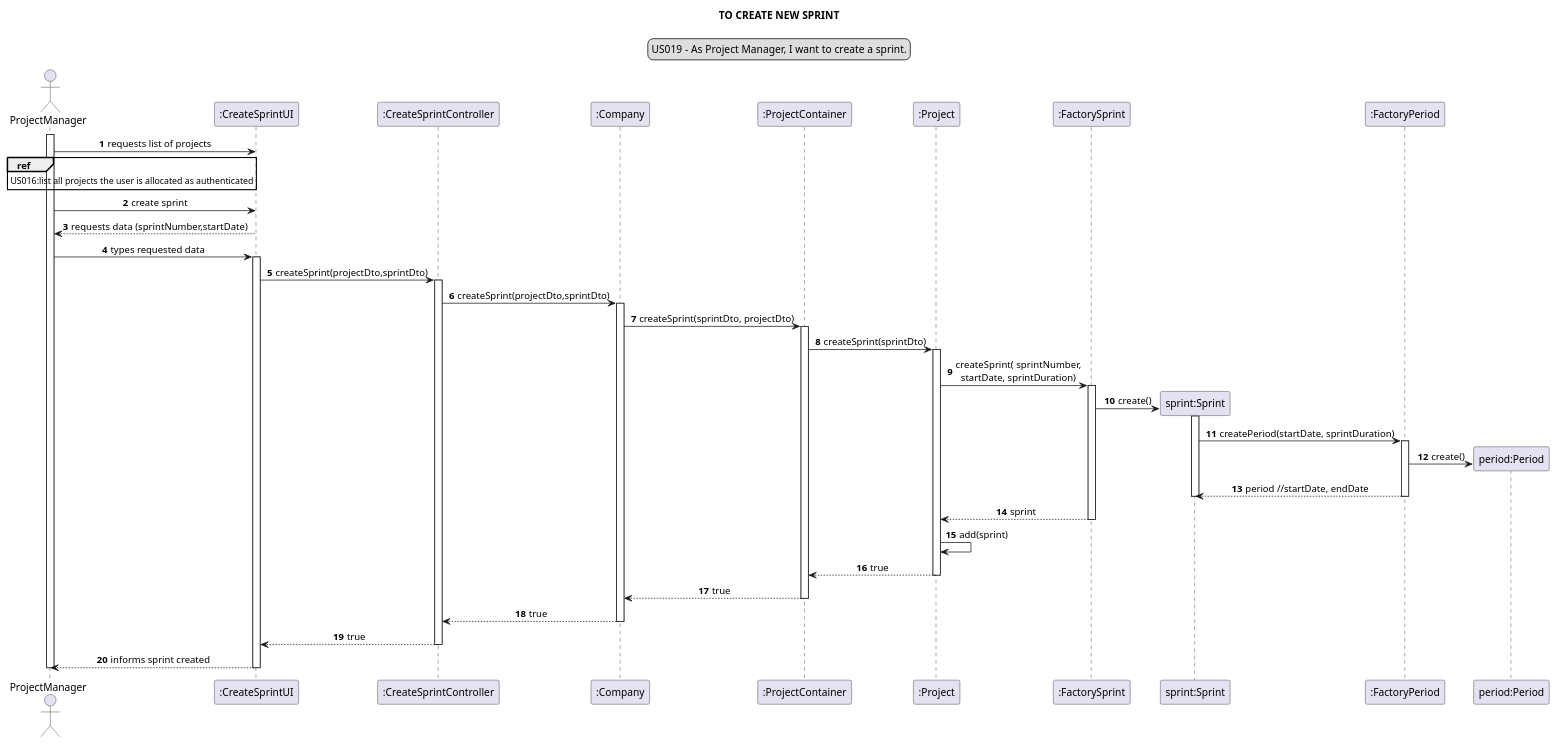
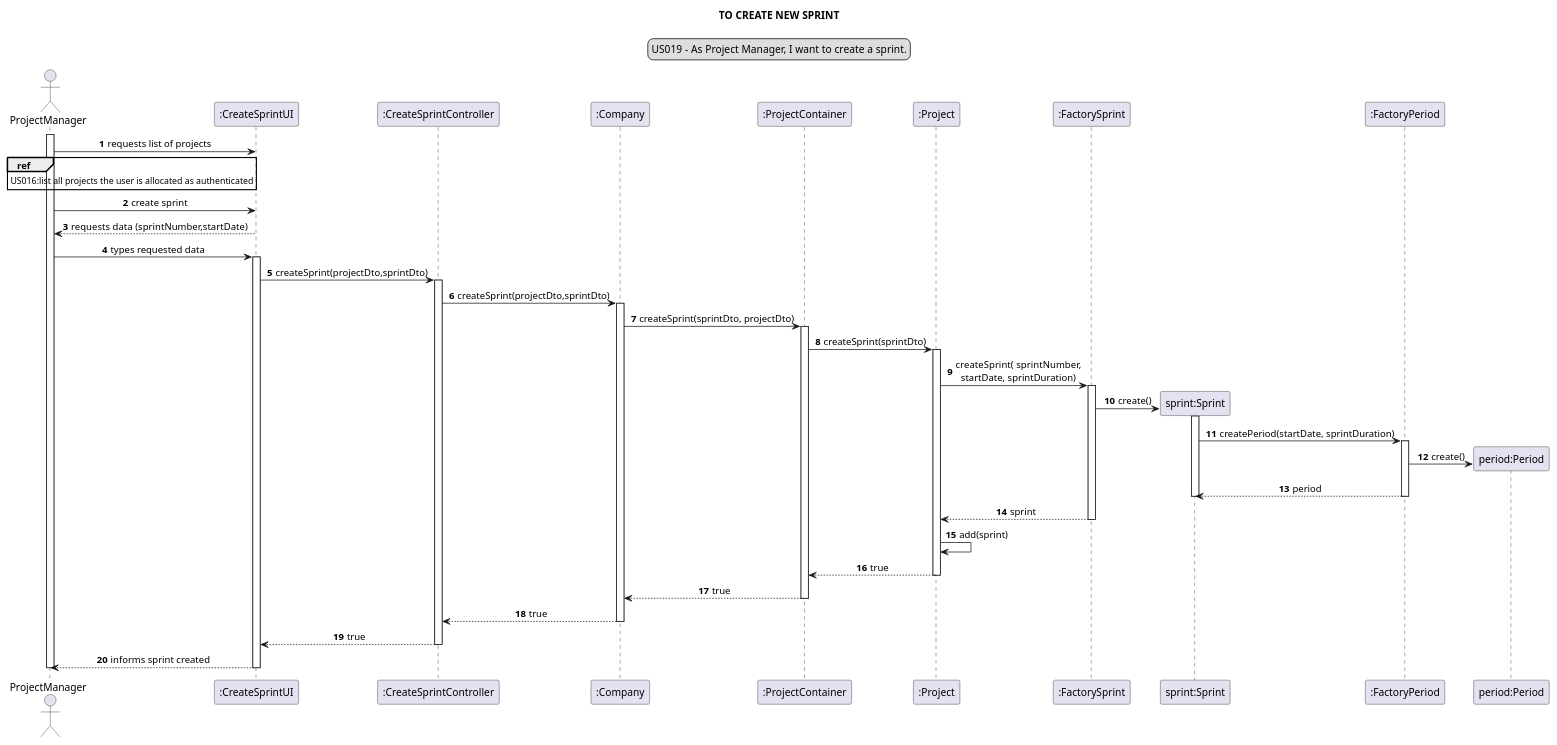
The diagram in docs/modelling_design/user_stories/sprint03/us019/US019_sequenceDiagram.puml (Loracline/project_switch_22-23), drawn with PlantUML before and after one commit. The commit also changed 2 other files, not shown here.

```diff
--- a/docs/modelling_design/user_stories/sprint03/us019/US019_sequenceDiagram.puml
+++ b/docs/modelling_design/user_stories/sprint03/us019/US019_sequenceDiagram.puml
@@ -1,80 +1,80 @@
 @startuml
 
 skinparam sequenceMessageAlign center
 title TO CREATE NEW SPRINT
 legend top
 US019 - As Project Manager, I want to create a sprint.
 end legend
 autonumber
 
 actor ProjectManager as pm
 participant ":CreateSprintUI" as ui
 participant ":CreateSprintController" as ct
 participant ":Company" as c
 participant ":ProjectContainer" as pc
 participant ":Project" as p
 participant ":FactorySprint" as fact
 participant "sprint:Sprint" as ss
 participant ":FactoryPeriod" as fp
 participant "period:Period" as pp
 
 activate pm
 pm -> ui: requests list of projects
 ref over pm : US016:list all projects the user is allocated as authenticated
 pm -> ui : create sprint
 ui --> pm : requests data (sprintNumber,startDate)
 
 pm -> ui: types requested data
 activate ui
 
 ui -> ct: createSprint(projectDto,sprintDto)
 activate ct
 
 ct -> c: createSprint(projectDto,sprintDto)
 activate c
 
 c -> pc: createSprint(sprintDto, projectDto)
 activate pc
 
 pc -> p: createSprint(sprintDto)
 activate p
 
 p -> fact: createSprint( sprintNumber,\nstartDate, sprintDuration)
 activate fact
 
 create ss
 fact -> ss: create()
 
 activate ss
 
 ss -> fp : createPeriod(startDate, sprintDuration)
 
 activate fp
 
 create pp
 fp -> pp : create()
-fp --> ss : period //startDate, endDate
+fp --> ss : period
 deactivate ss
 deactivate fp
 fact --> p : sprint
 
 deactivate fact
 p -> p: add(sprint)
 
 p --> pc: true
 deactivate p
 
 pc --> c : true
 deactivate pc
 
 c --> ct : true
 deactivate c
 
 ct --> ui : true
 deactivate ct
 
 
 ui --> pm: informs sprint created
 deactivate ui
 deactivate pm
 @enduml
```
